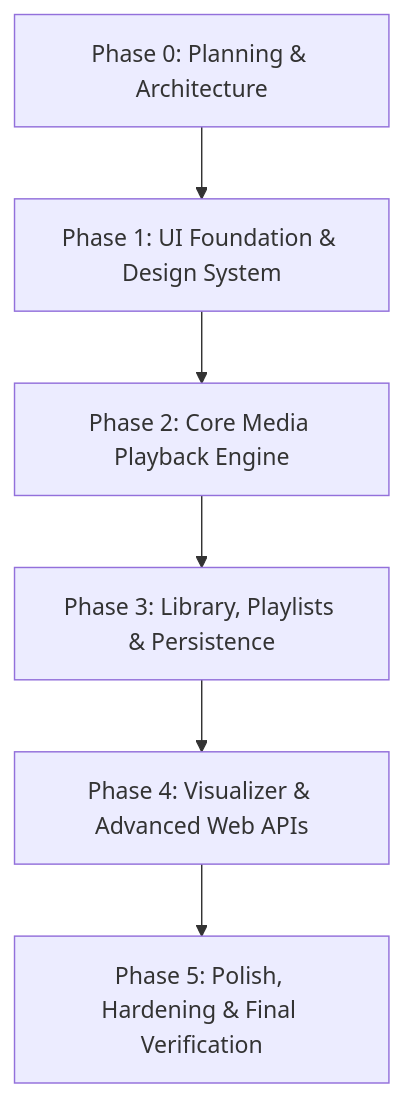
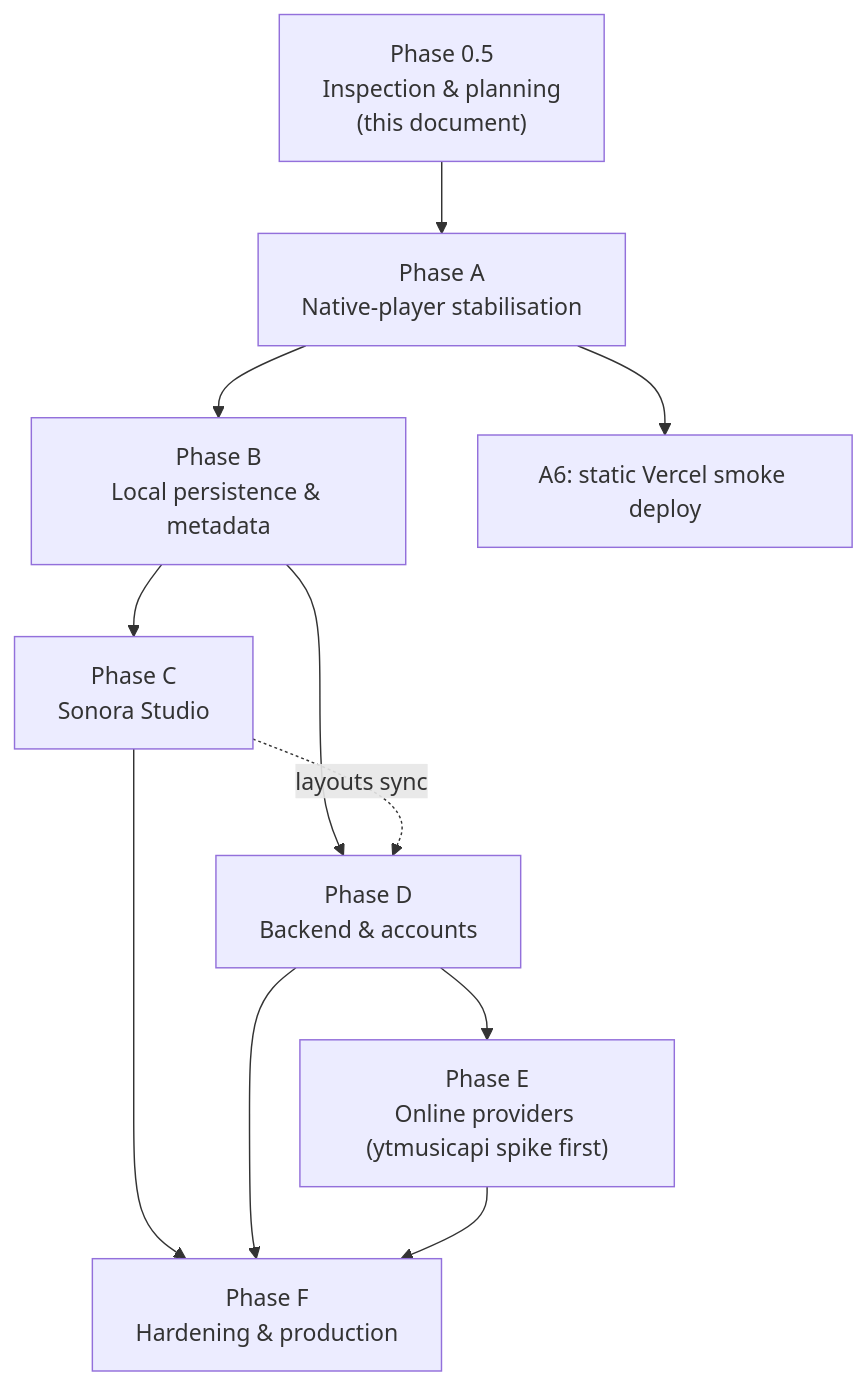
The diagram in PLAN.md (synapse-93/Sonora), drawn with Mermaid before and after one commit. The commit also changed other lines of this file and 2 other files, not shown here.

Commit message:
till Phase 0.5

````diff
--- a/PLAN.md
+++ b/PLAN.md
@@ -128,8 +189,13 @@
 ```mermaid
 graph TD
-    P0["Phase 0: Planning & Architecture"] --> P1["Phase 1: UI Foundation & Design System"]
-    P1 --> P2["Phase 2: Core Media Playback Engine"]
-    P2 --> P3["Phase 3: Library, Playlists & Persistence"]
-    P3 --> P4["Phase 4: Visualizer & Advanced Web APIs"]
-    P4 --> P5["Phase 5: Polish, Hardening & Final Verification"]
+    P05["Phase 0.5<br/>Inspection & planning<br/>(this document)"] --> A
+    A["Phase A<br/>Native-player stabilisation"] --> B["Phase B<br/>Local persistence & metadata"]
+    A --> DEP0["A6: static Vercel smoke deploy"]
+    B --> C["Phase C<br/>Sonora Studio"]
+    B --> D["Phase D<br/>Backend & accounts"]
+    C -. layouts sync .-> D
+    D --> E["Phase E<br/>Online providers (ytmusicapi spike first)"]
+    C --> F
+    D --> F
+    E --> F["Phase F<br/>Hardening & production"]
 ```
````
